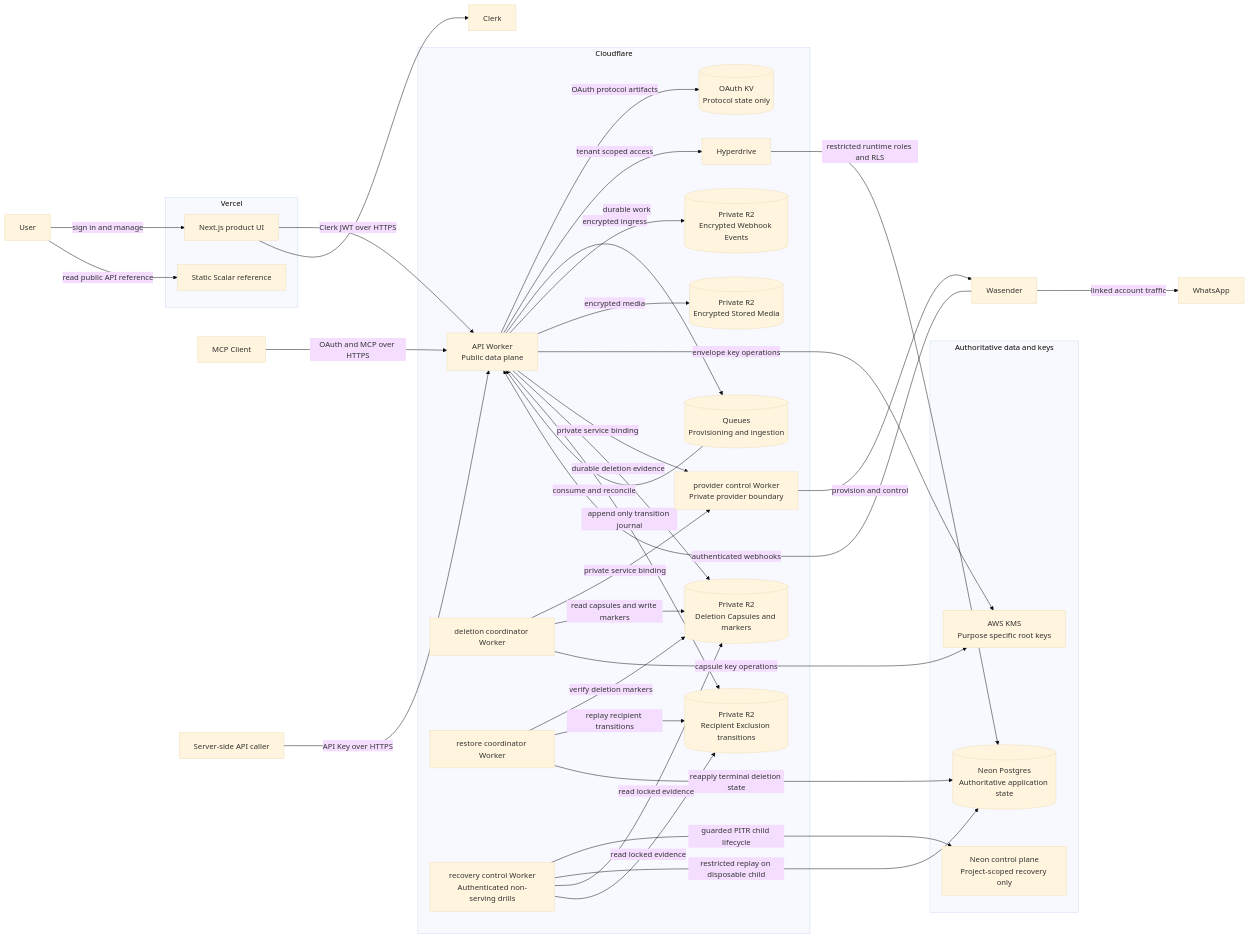
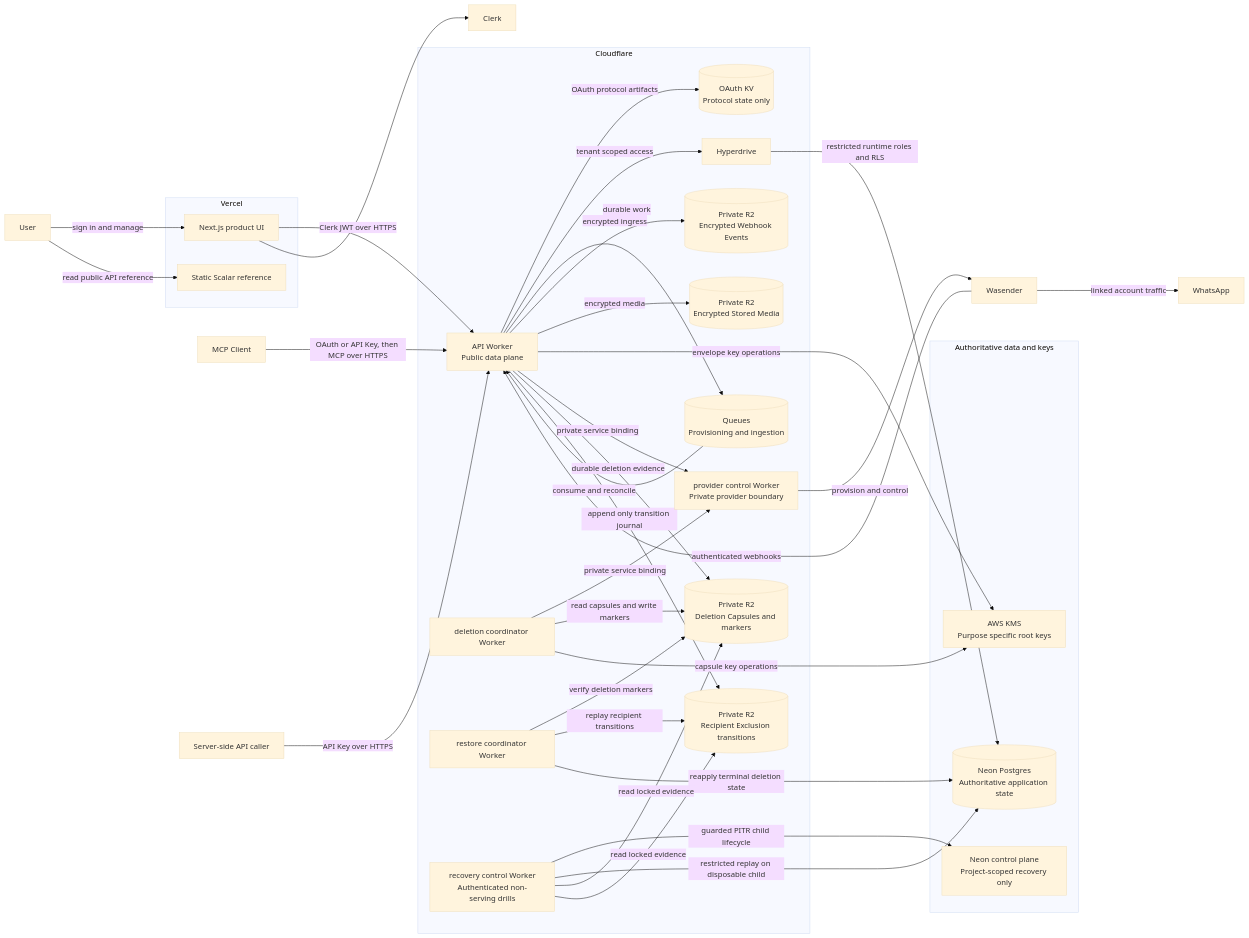
One commit to Jibaru/normal changed the diagram in docs/architecture.md. Above: the diagram before and after it, drawn with Mermaid (base theme). The commit also changed other lines of this file and 32 other files, not shown here.

Commit message:
Add API key authentication to MCP (#141)

````diff
--- a/docs/architecture.md
+++ b/docs/architecture.md
@@ -7,69 +7,69 @@
 ```mermaid
 flowchart LR
     user[User]
     mcp[MCP Client]
     apiCaller[Server-side API caller]
     clerk[Clerk]
     whatsapp[WhatsApp]
     wasender[Wasender]
 
     subgraph vercel[Vercel]
         web[Next.js product UI]
         docs[Static Scalar reference]
     end
 
     subgraph cloudflare[Cloudflare]
         api[API Worker<br/>Public data plane]
         provider[provider control Worker<br/>Private provider boundary]
         deletion[deletion coordinator Worker]
         restore[restore coordinator Worker]
         recovery[recovery control Worker<br/>Authenticated non-serving drills]
         oauth[(OAuth KV<br/>Protocol state only)]
         queues[(Queues<br/>Provisioning and ingestion)]
         webhook[(Private R2<br/>Encrypted Webhook Events)]
         media[(Private R2<br/>Encrypted Stored Media)]
         lifecycle[(Private R2<br/>Deletion Capsules and markers)]
         transitions[(Private R2<br/>Recipient Exclusion transitions)]
         hyperdrive[Hyperdrive]
     end
 
     subgraph data[Authoritative data and keys]
         neon[(Neon Postgres<br/>Authoritative application state)]
         kms[AWS KMS<br/>Purpose specific root keys]
         neonControl[Neon control plane<br/>Project-scoped recovery only]
     end
 
     user -->|sign in and manage| web
     user -->|read public API reference| docs
     web -->|Clerk JWT over HTTPS| api
-    mcp -->|OAuth and MCP over HTTPS| api
+    mcp -->|OAuth or API Key, then MCP over HTTPS| api
     apiCaller -->|API Key over HTTPS| api
     web --> clerk
     api -->|OAuth protocol artifacts| oauth
 
     api -->|tenant scoped access| hyperdrive
     hyperdrive -->|restricted runtime roles and RLS| neon
     api -->|durable work| queues
     queues -->|consume and reconcile| api
     wasender -->|authenticated webhooks| api
     api -->|encrypted ingress| webhook
     api -->|encrypted media| media
     api -->|envelope key operations| kms
 
     api -->|private service binding| provider
     deletion -->|private service binding| provider
     provider -->|provision and control| wasender
     wasender -->|linked account traffic| whatsapp
 
     api -->|durable deletion evidence| lifecycle
     deletion -->|read capsules and write markers| lifecycle
     deletion -->|capsule key operations| kms
     restore -->|verify deletion markers| lifecycle
     api -->|append only transition journal| transitions
     restore -->|replay recipient transitions| transitions
     restore -->|reapply terminal deletion state| neon
     recovery -->|guarded PITR child lifecycle| neonControl
     recovery -->|restricted replay on disposable child| neon
     recovery -->|read locked evidence| lifecycle
     recovery -->|read locked evidence| transitions
 ```
````
